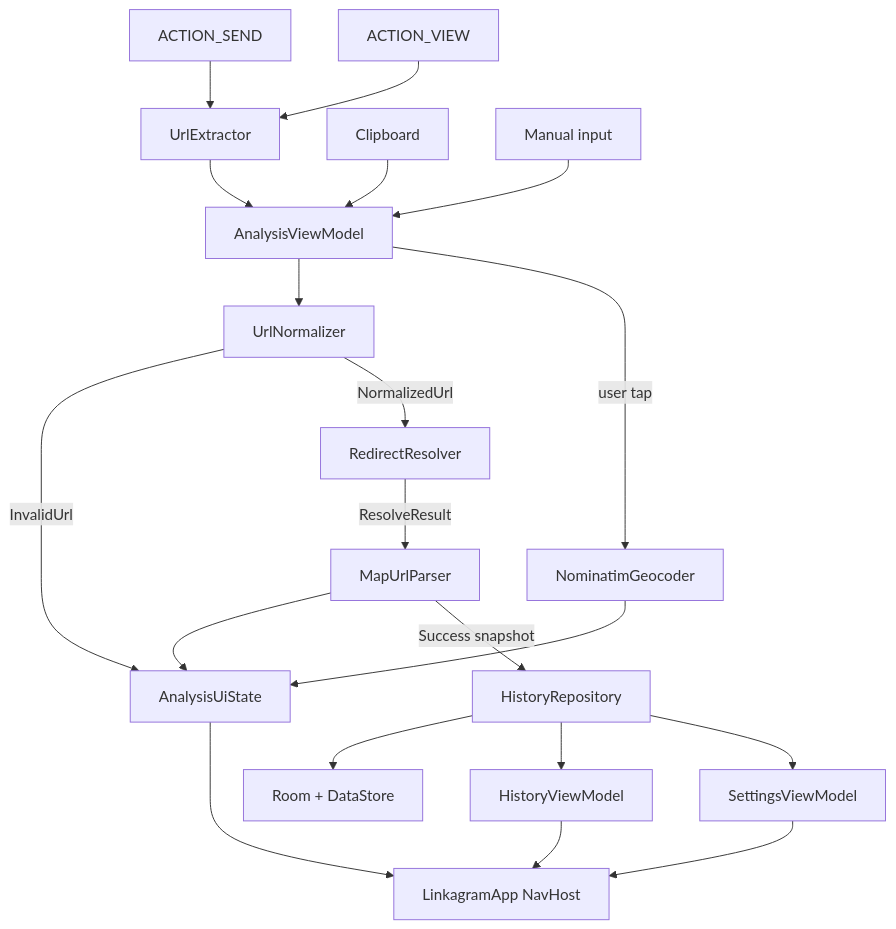
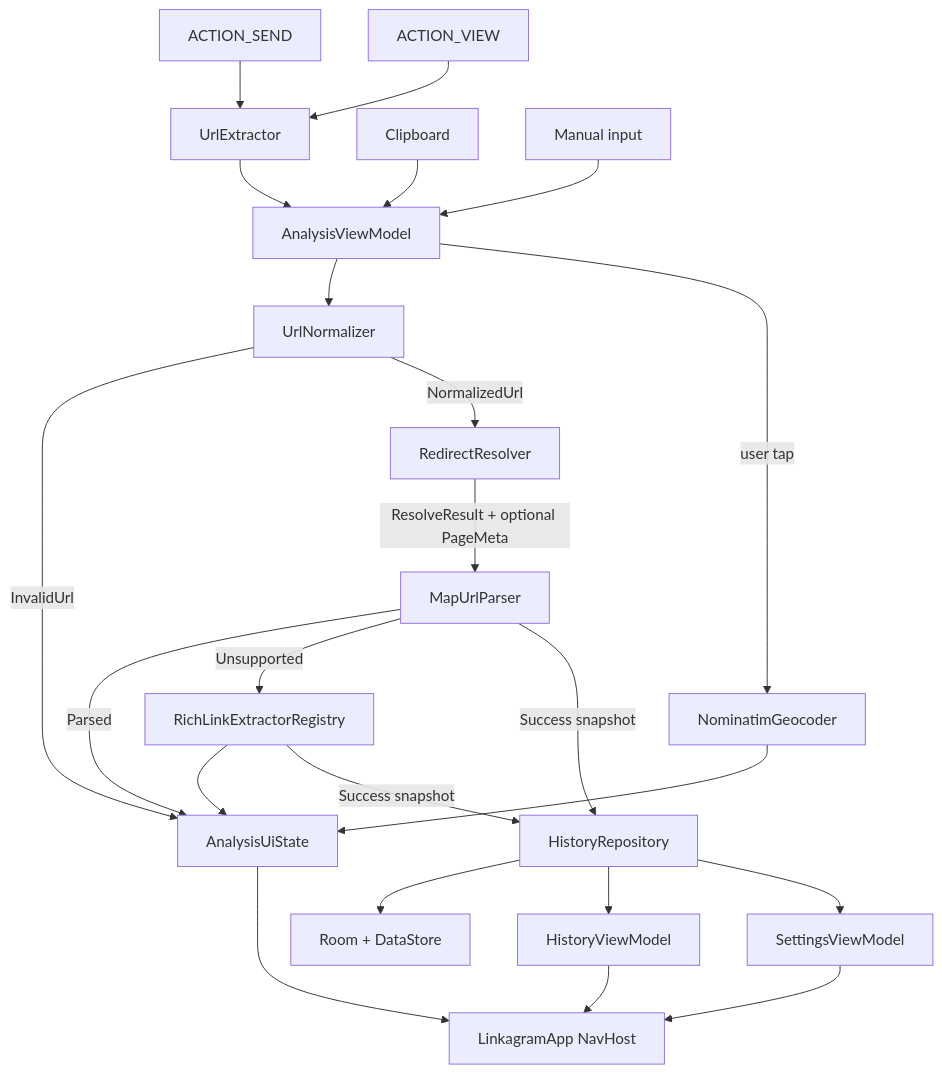
Before and after one commit to miksask/linkagram: the diagram in docs/architecture.md, drawn with Mermaid. The commit also changed other lines of this file and 48 other files, not shown here.

First line of the commit message:
Add allowlisted rich-link title extraction for KOLEO.

````diff
--- a/docs/architecture.md
+++ b/docs/architecture.md
@@ -32,22 +33,25 @@
 ```mermaid
 flowchart TD
     Share["ACTION_SEND"] --> Extractor
     View["ACTION_VIEW"] --> Extractor
     Clipboard["Clipboard"] --> AnalysisVM
     Manual["Manual input"] --> AnalysisVM
     Extractor["UrlExtractor"] --> AnalysisVM
     AnalysisVM["AnalysisViewModel"] --> Normalizer["UrlNormalizer"]
     Normalizer -->|"InvalidUrl"| AnalysisState["AnalysisUiState"]
     Normalizer -->|"NormalizedUrl"| Resolver["RedirectResolver"]
-    Resolver -->|"ResolveResult"| Parser["MapUrlParser"]
-    Parser --> AnalysisState
+    Resolver -->|"ResolveResult + optional PageMeta"| Parser["MapUrlParser"]
+    Parser -->|"Parsed"| AnalysisState
+    Parser -->|"Unsupported"| Rich["RichLinkExtractorRegistry"]
+    Rich --> AnalysisState
     Parser -->|"Success snapshot"| HistoryRepo["HistoryRepository"]
+    Rich -->|"Success snapshot"| HistoryRepo
     AnalysisVM -->|"user tap"| Geocoder["NominatimGeocoder"]
     Geocoder --> AnalysisState
     HistoryRepo --> RoomDB["Room + DataStore"]
     HistoryRepo --> HistoryVM["HistoryViewModel"]
     HistoryRepo --> SettingsVM["SettingsViewModel"]
     AnalysisState --> Screen["LinkagramApp NavHost"]
     HistoryVM --> Screen
     SettingsVM --> Screen
 ```
````
